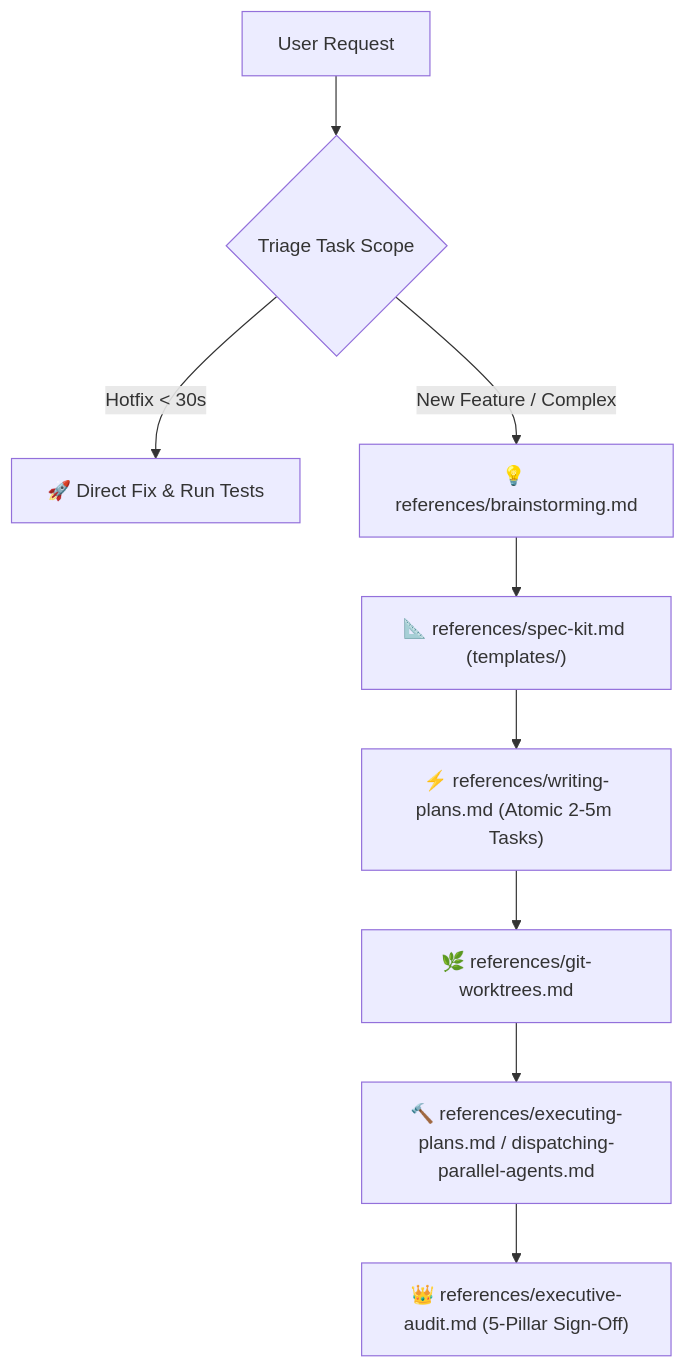
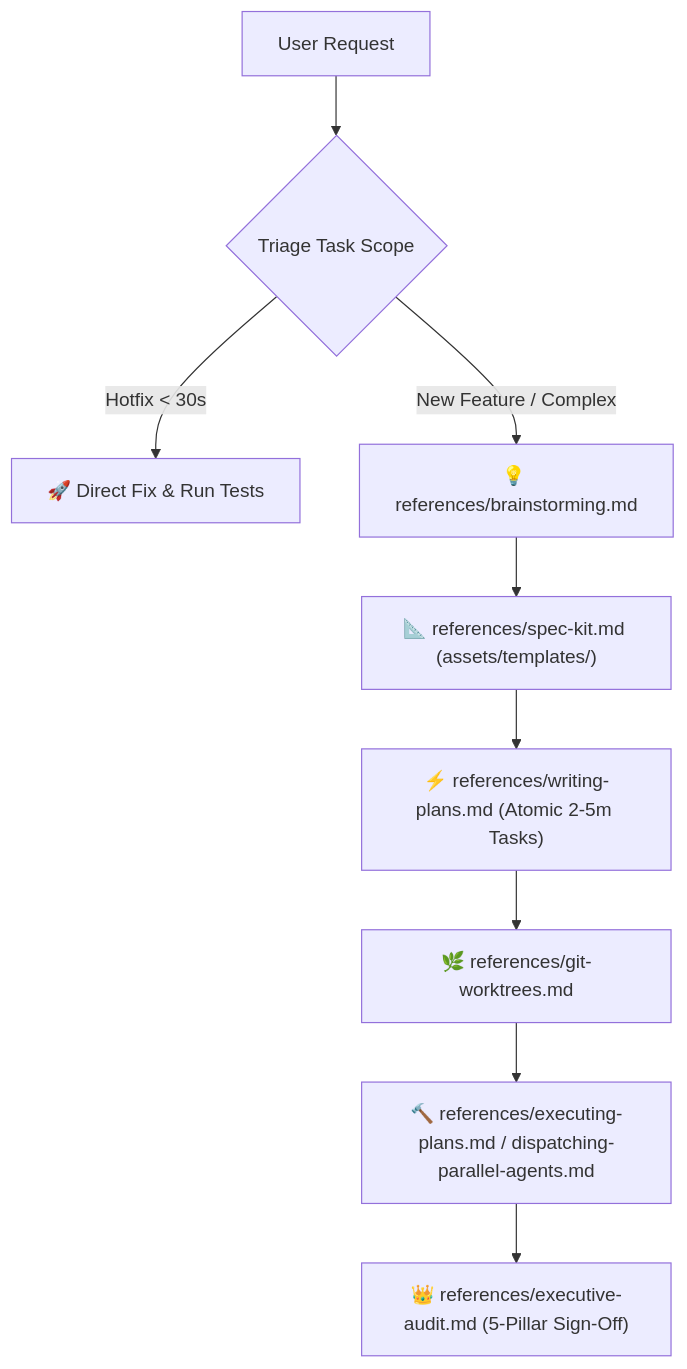
The diagram in skills/kio-core-delivery/SKILL.md (toanpham2111/kio-agent-system), drawn with Mermaid before and after one commit. The commit also changed other lines of this file and 1102 other files, not shown here.

````diff
--- a/skills/kio-core-delivery/SKILL.md
+++ b/skills/kio-core-delivery/SKILL.md
@@ -52,11 +52,11 @@
 ```mermaid
 flowchart TD
     User["User Request"] --> Triage{"Triage Task Scope"}
     Triage -->|"Hotfix < 30s"| FastTrack["🚀 Direct Fix & Run Tests"]
     Triage -->|"New Feature / Complex"| Brainstorm["💡 references/brainstorming.md"]
-    Brainstorm --> SDD["📐 references/spec-kit.md (templates/)"]
+    Brainstorm --> SDD["📐 references/spec-kit.md (assets/templates/)"]
     SDD --> Plan["⚡ references/writing-plans.md (Atomic 2-5m Tasks)"]
     Plan --> Worktree["🌿 references/git-worktrees.md"]
     Worktree --> Exec["🔨 references/executing-plans.md / dispatching-parallel-agents.md"]
     Exec --> Audit["👑 references/executive-audit.md (5-Pillar Sign-Off)"]
 ```
````
